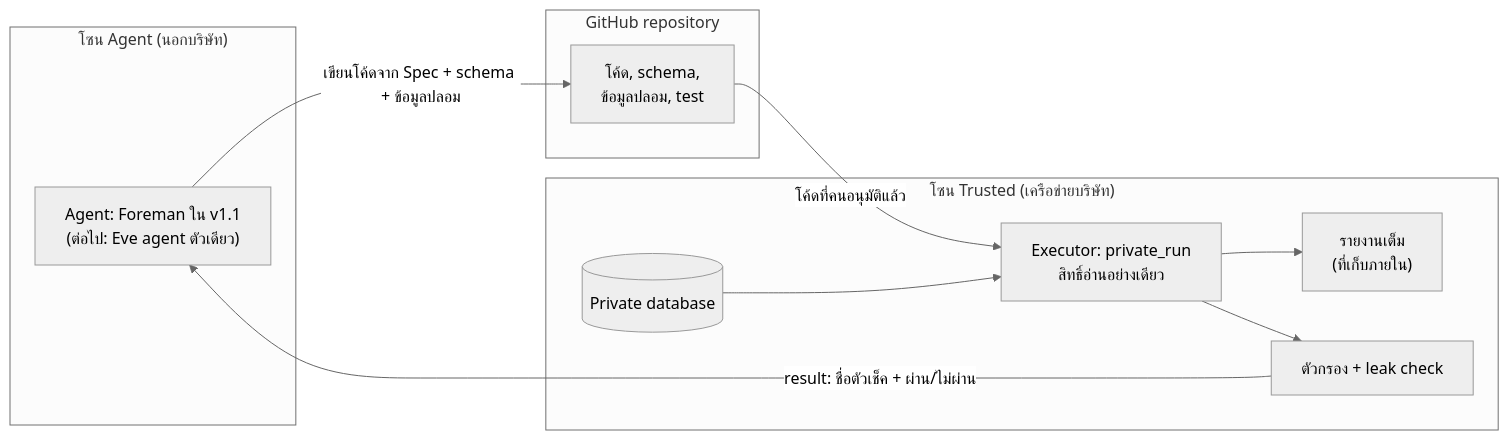
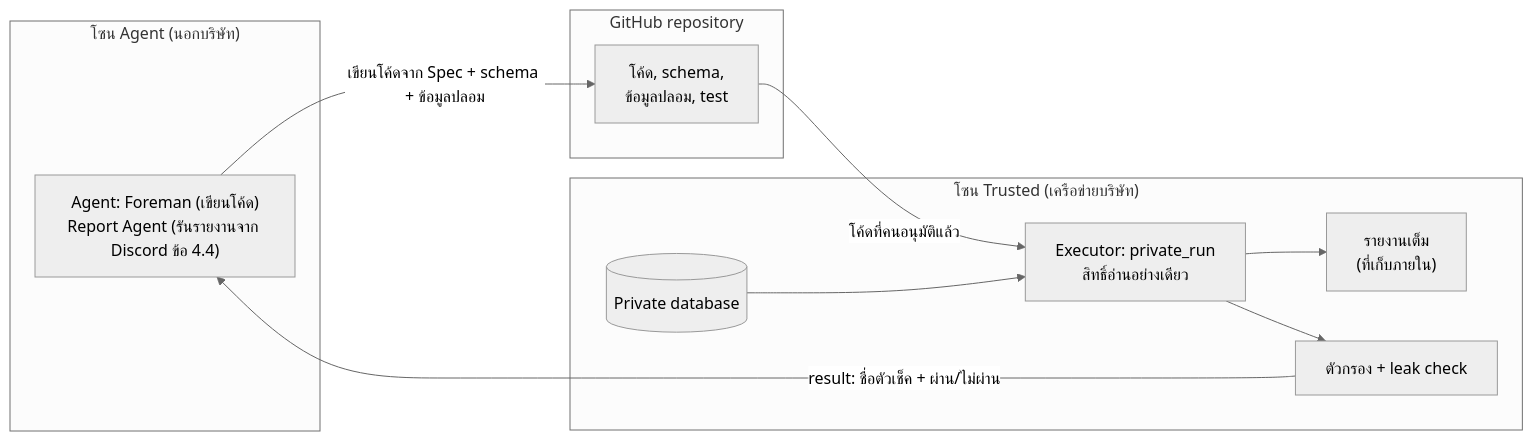
One commit to Awannaphasch2016/quant-software-factory changed the first of 7 diagrams in docs/4-software-design.md. Above: the diagram before and after it, drawn with Mermaid (neutral theme). The commit also changed other lines of this file and 7 other files, not shown here.

First line of the commit message:
docs: v1.4 for Human Iteration 2 (Report Agent and Discord)

````diff
--- a/docs/4-software-design.md
+++ b/docs/4-software-design.md
@@ -89,21 +92,21 @@
 ```mermaid
 flowchart LR
   subgraph AZ["โซน Agent (นอกบริษัท)"]
-    AG["Agent: Foreman ใน v1.1<br/>(ต่อไป: Eve agent ตัวเดียว)"]
+    AG["Agent: Foreman (เขียนโค้ด)<br/>Report Agent (รันรายงานจาก Discord ข้อ 4.4)"]
   end
   subgraph REPO["GitHub repository"]
     CODE["โค้ด, schema,<br/>ข้อมูลปลอม, test"]
   end
   subgraph TZ["โซน Trusted (เครือข่ายบริษัท)"]
     EX["Executor: private_run<br/>สิทธิ์อ่านอย่างเดียว"]
     DB[("Private database")]
     OUT["รายงานเต็ม<br/>(ที่เก็บภายใน)"]
     LC["ตัวกรอง + leak check"]
   end
   AG -- "เขียนโค้ดจาก Spec + schema + ข้อมูลปลอม" --> CODE
   CODE -- "โค้ดที่คนอนุมัติแล้ว" --> EX
   DB --> EX
   EX --> OUT
   EX --> LC
   LC -- "result: ชื่อตัวเช็ค + ผ่าน/ไม่ผ่าน" --> AG
 ```
````
